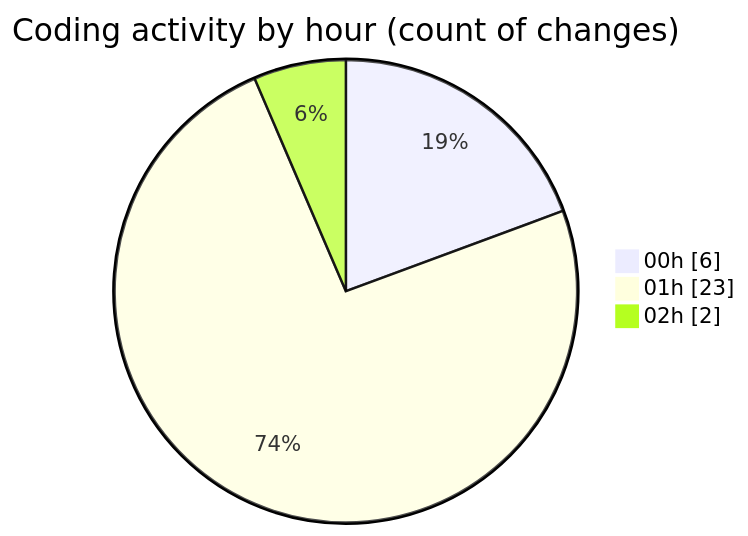
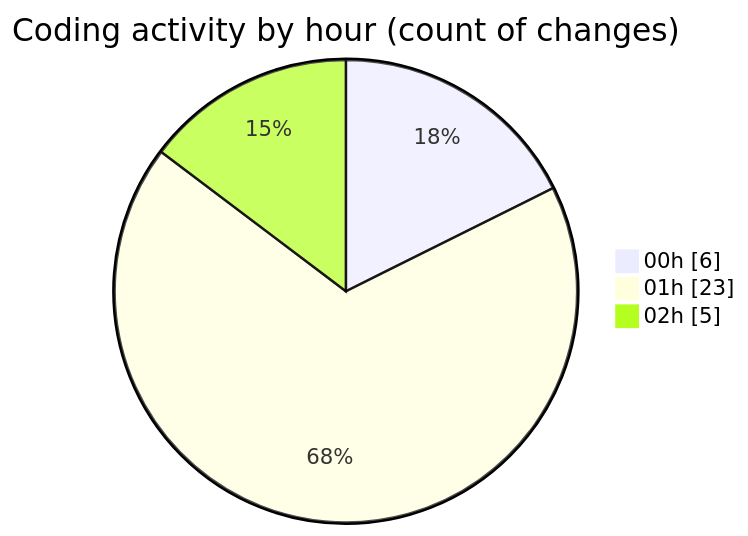
The second of 2 diagrams in 2025-07-28/refunds/README.md (EIIisD/code-tracking), drawn with Mermaid before and after one commit. The commit also changed other lines of this file and 1 other file, not shown here.

````diff
--- a/2025-07-28/refunds/README.md
+++ b/2025-07-28/refunds/README.md
@@ -33,7 +35,7 @@
 ```mermaid
 pie showData
 title Coding activity by hour (count of changes)
 "00h" : 6
 "01h" : 23
-"02h" : 2
+"02h" : 5
 ```
````
